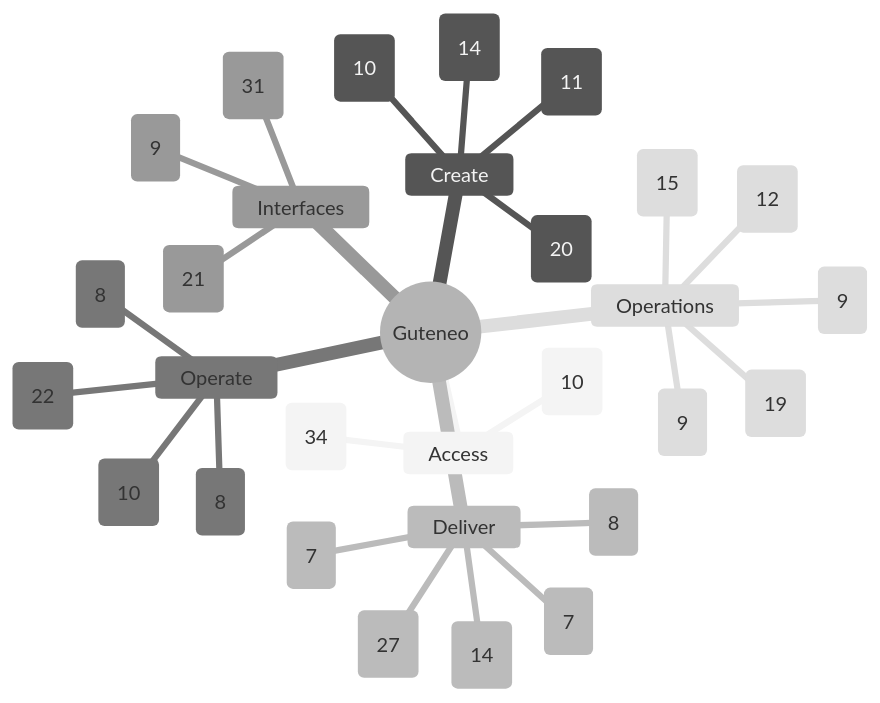
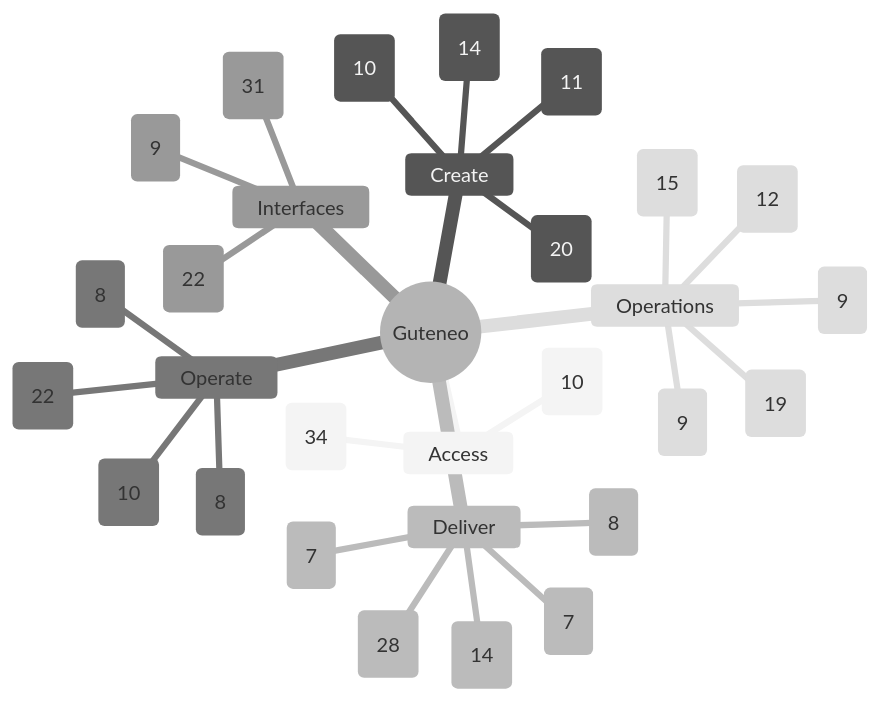
Before and after one commit to nclsppr/guteneo: the diagram in docs/FEATURE_MAP.md, drawn with Mermaid (neutral theme). The commit also changed other lines of this file and 28 other files, not shown here.

````diff
--- a/docs/FEATURE_MAP.md
+++ b/docs/FEATURE_MAP.md
@@ -13,33 +13,33 @@
 ```mermaid
 mindmap
   root((Guteneo))
     Access
       Access and identity (34)
       Team and responsibilities (10)
     Create
       Documents and protection (20)
       Template studio (14)
       Data and mappings (10)
       PDF generation and distribution (11)
     Deliver
       Fax (7)
       Postal mail (8)
       Email and protected links (14)
-      Sensitive distribution and personal documents (27)
+      Sensitive distribution and personal documents (28)
       Dispatch dry run (7)
     Operate
       Campaigns and tracking (8)
       Credits and billing (8)
       Workspace layout and browser appearance (22)
       PDF verification (10)
     Interfaces
       Assistants and API (31)
       iPhone and iPad (9)
-      Public pages, languages and appearance (21)
+      Public pages, languages and appearance (22)
     Operations
       Reviewer OAuth qualification (9)
       Operations and reliability (19)
       Belvédère platform oversight (9)
       Public service status (15)
       Engineering documentation (12)
 ```
````
